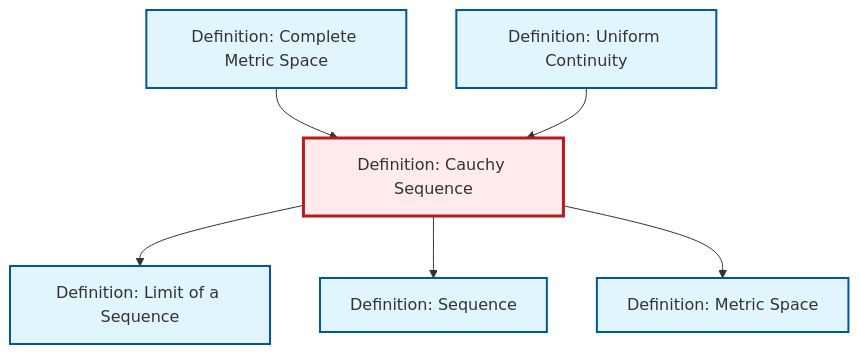
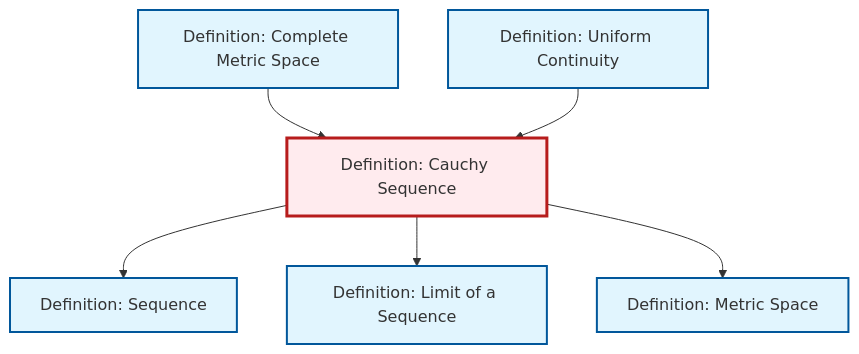
One commit to RK0429/ModernMath changed the diagram in content/en/analysis/def-cauchy-sequence.qmd. Above: the diagram before and after it, drawn with Mermaid. The commit also changed other lines of this file and 554 other files, not shown here.

````diff
--- a/content/en/analysis/def-cauchy-sequence.qmd
+++ b/content/en/analysis/def-cauchy-sequence.qmd
@@ -88,26 +88,26 @@
 ```{mermaid}
 %%| fig-cap: "Local dependency graph"
 graph TD
     classDef definition fill:#e1f5fe,stroke:#01579b,stroke-width:2px
     classDef theorem fill:#f3e5f5,stroke:#4a148c,stroke-width:2px
     classDef axiom fill:#fff3e0,stroke:#e65100,stroke-width:2px
     classDef example fill:#e8f5e9,stroke:#1b5e20,stroke-width:2px
     classDef current fill:#ffebee,stroke:#b71c1c,stroke-width:3px
+    def-cauchy-sequence["Definition: Cauchy Sequence"]:::definition
+    def-sequence["Definition: Sequence"]:::definition
+    def-complete-metric-space["Definition: Complete Metric Space"]:::definition
     def-metric-space["Definition: Metric Space"]:::definition
-    def-sequence["Definition: Sequence"]:::definition
     def-limit["Definition: Limit of a Sequence"]:::definition
     def-uniform-continuity["Definition: Uniform Continuity"]:::definition
-    def-cauchy-sequence["Definition: Cauchy Sequence"]:::definition
-    def-complete-metric-space["Definition: Complete Metric Space"]:::definition
+    def-complete-metric-space --> def-cauchy-sequence
+    def-cauchy-sequence --> def-sequence
     def-cauchy-sequence --> def-limit
-    def-cauchy-sequence --> def-sequence
-    def-complete-metric-space --> def-cauchy-sequence
+    def-uniform-continuity --> def-cauchy-sequence
     def-cauchy-sequence --> def-metric-space
-    def-uniform-continuity --> def-cauchy-sequence
     class def-cauchy-sequence current
+    click def-sequence "def-sequence.html" "Go to Sequence definition"
+    click def-complete-metric-space "def-complete-metric-space.html" "Go to Complete Metric Space definition"
     click def-metric-space "def-metric-space.html" "Go to Metric Space definition"
-    click def-sequence "def-sequence.html" "Go to Sequence definition"
     click def-limit "def-limit.html" "Go to Limit of a Sequence definition"
     click def-uniform-continuity "def-uniform-continuity.html" "Go to Uniform Continuity definition"
-    click def-complete-metric-space "def-complete-metric-space.html" "Go to Complete Metric Space definition"
 ```
````
